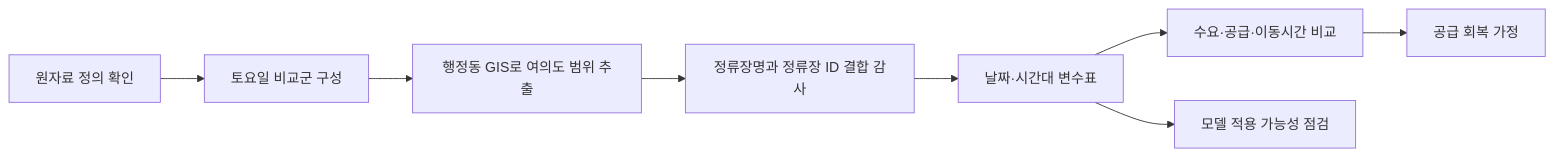
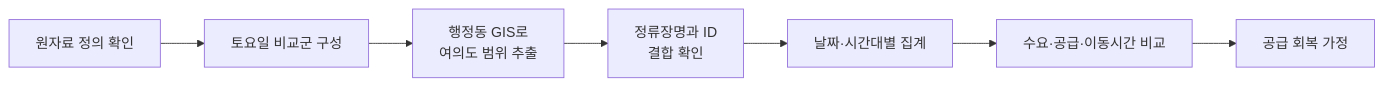
One commit to yoon-chan-hyeok/yeouido-festival-mobility-analysis changed the diagram in README.md. Above: the diagram before and after it, drawn with Mermaid. The commit also changed other lines of this file, not shown here.

````diff
--- a/README.md
+++ b/README.md
@@ -38,10 +41,9 @@
 ```mermaid
 flowchart LR
     A["원자료 정의 확인"] --> B["토요일 비교군 구성"]
-    B --> C["행정동 GIS로 여의도 범위 추출"]
-    C --> D["정류장명과 정류장 ID 결합 감사"]
-    D --> E["날짜·시간대 변수표"]
+    B --> C["행정동 GIS로<br/>여의도 범위 추출"]
+    C --> D["정류장명과 ID<br/>결합 확인"]
+    D --> E["날짜·시간대별 집계"]
     E --> F["수요·공급·이동시간 비교"]
     F --> G["공급 회복 가정"]
-    E --> H["모델 적용 가능성 점검"]
 ```
````
